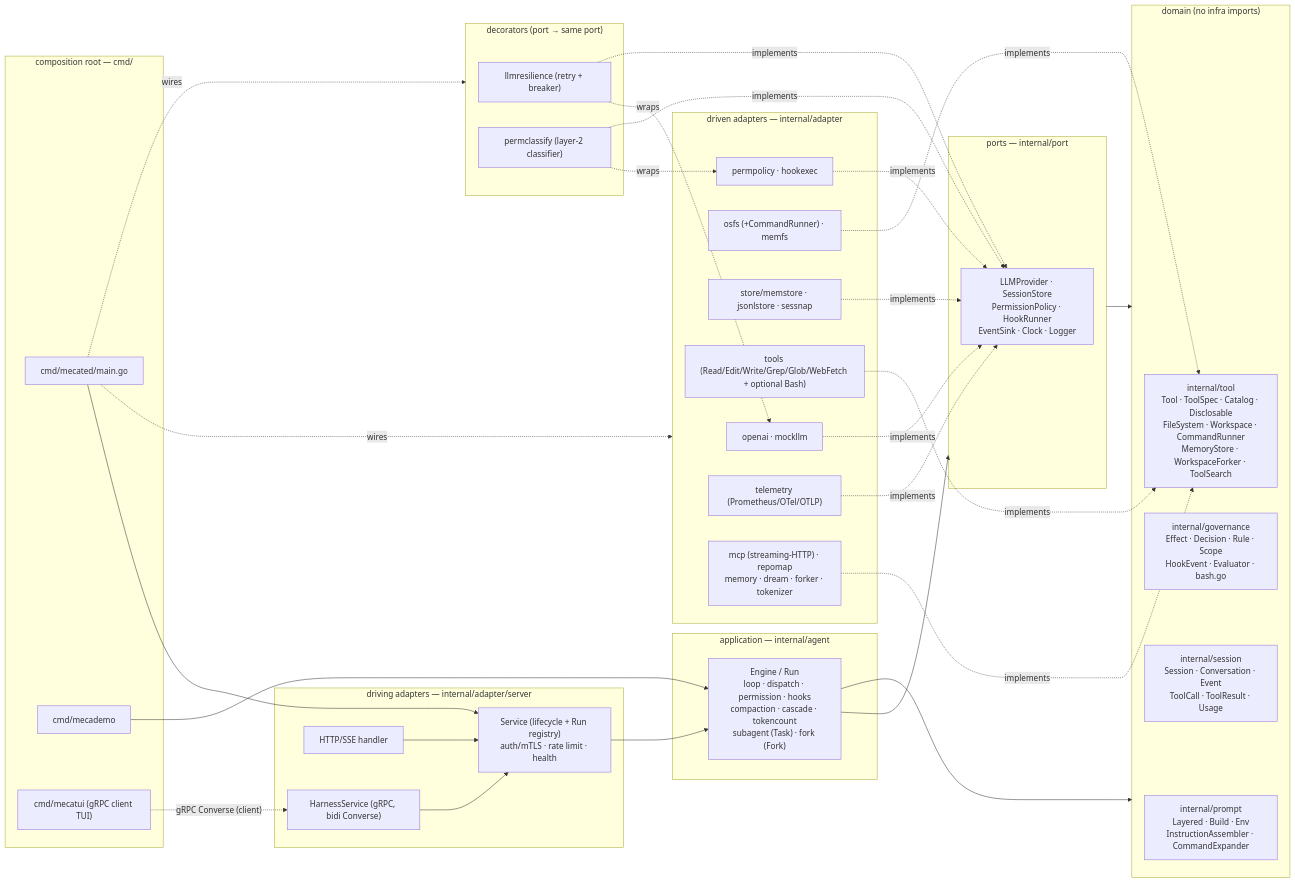
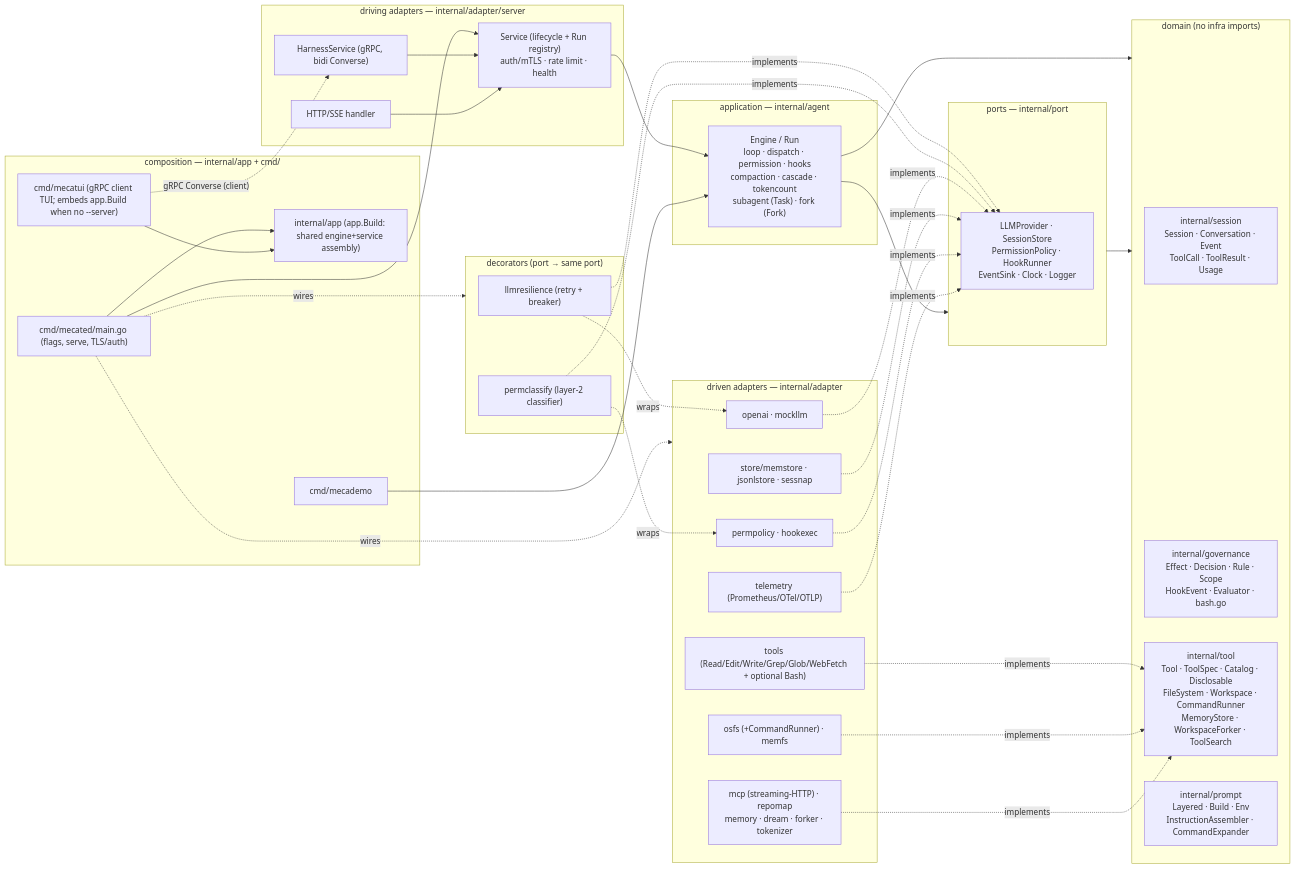
One commit to sabbanis/mecatl changed the first of 4 diagrams in docs/architecture.md. Above: the diagram before and after it, drawn with Mermaid. The commit also changed other lines of this file and 14 other files, not shown here.

````diff
--- a/docs/architecture.md
+++ b/docs/architecture.md
@@ -40,66 +40,69 @@
 ```mermaid
 flowchart LR
-  subgraph CMD["composition root — cmd/"]
-    mecated["cmd/mecated/main.go"]
+  subgraph CMD["composition — internal/app + cmd/"]
+    app["internal/app (app.Build: shared engine+service assembly)"]
+    mecated["cmd/mecated/main.go (flags, serve, TLS/auth)"]
     demo["cmd/mecademo"]
-    tui["cmd/mecatui (gRPC client TUI)"]
+    tui["cmd/mecatui (gRPC client TUI; embeds app.Build when no --server)"]
+    mecated --> app
+    tui --> app
   end
 
   subgraph DRIVING["driving adapters — internal/adapter/server"]
     grpc["HarnessService (gRPC, bidi Converse)"]
     http["HTTP/SSE handler"]
     svc["Service (lifecycle + Run registry)\nauth/mTLS · rate limit · health"]
   end
 
   subgraph APP["application — internal/agent"]
     engine["Engine / Run\nloop · dispatch · permission · hooks\ncompaction · cascade · tokencount\nsubagent (Task) · fork (Fork)"]
   end
 
   subgraph PORTS["ports — internal/port"]
     p["LLMProvider · SessionStore\nPermissionPolicy · HookRunner\nEventSink · Clock · Logger"]
   end
 
   subgraph DOMAIN["domain (no infra imports)"]
     sess["internal/session\nSession · Conversation · Event\nToolCall · ToolResult · Usage"]
     gov["internal/governance\nEffect · Decision · Rule · Scope\nHookEvent · Evaluator · bash.go"]
     tl["internal/tool\nTool · ToolSpec · Catalog · Disclosable\nFileSystem · Workspace · CommandRunner\nMemoryStore · WorkspaceForker · ToolSearch"]
     pr["internal/prompt\nLayered · Build · Env\nInstructionAssembler · CommandExpander"]
   end
 
   subgraph DECOR["decorators (port → same port)"]
     res["llmresilience (retry + breaker)"]
     pc["permclassify (layer-2 classifier)"]
   end
 
   subgraph DRIVEN["driven adapters — internal/adapter"]
     oai["openai · mockllm"]
     fs["osfs (+CommandRunner) · memfs"]
     st["store/memstore · jsonlstore · sessnap"]
     tools["tools (Read/Edit/Write/Grep/Glob/WebFetch + optional Bash)"]
     pp["permpolicy · hookexec"]
     tel["telemetry (Prometheus/OTel/OTLP)"]
     ext["mcp (streaming-HTTP) · repomap\nmemory · dream · forker · tokenizer"]
   end
 
   mecated --> svc --> engine
   demo --> engine
   tui -. "gRPC Converse (client)" .-> grpc
   grpc --> svc
   http --> svc
   engine --> PORTS
   engine --> DOMAIN
   PORTS --> DOMAIN
   res -.wraps.-> oai
   res -.implements.-> p
   pc -.wraps.-> pp
   pc -.implements.-> p
   oai -.implements.-> p
   st -.implements.-> p
   pp -.implements.-> p
   tel -.implements.-> p
   tools -.implements.-> tl
   fs -.implements.-> tl
   ext -.implements.-> tl
   mecated -. wires .-> DRIVEN
   mecated -. wires .-> DECOR
 ```
````
